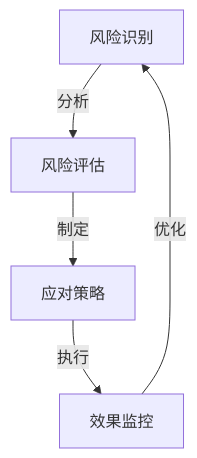
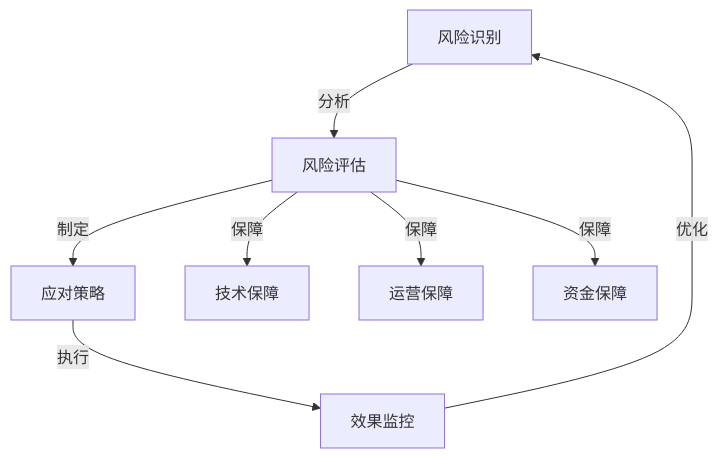
Before and after one commit to MEMEFANS/memefans: diagram 17 of 20 in docs/roi-analysis.md, drawn with Mermaid. The commit also changed other lines of this file and 21 other files, not shown here.

Commit message:
docs: update market strategy and technical details with comprehensive diagrams

````diff
--- a/docs/roi-analysis.md
+++ b/docs/roi-analysis.md
@@ -188,7 +245,10 @@
 ```mermaid
 graph TD
     A[风险识别] -->|分析| B[风险评估]
     B -->|制定| C[应对策略]
     C -->|执行| D[效果监控]
     D -->|优化| A
+    B -->|保障| E[技术保障]
+    B -->|保障| F[运营保障]
+    B -->|保障| G[资金保障]
 ```
````
